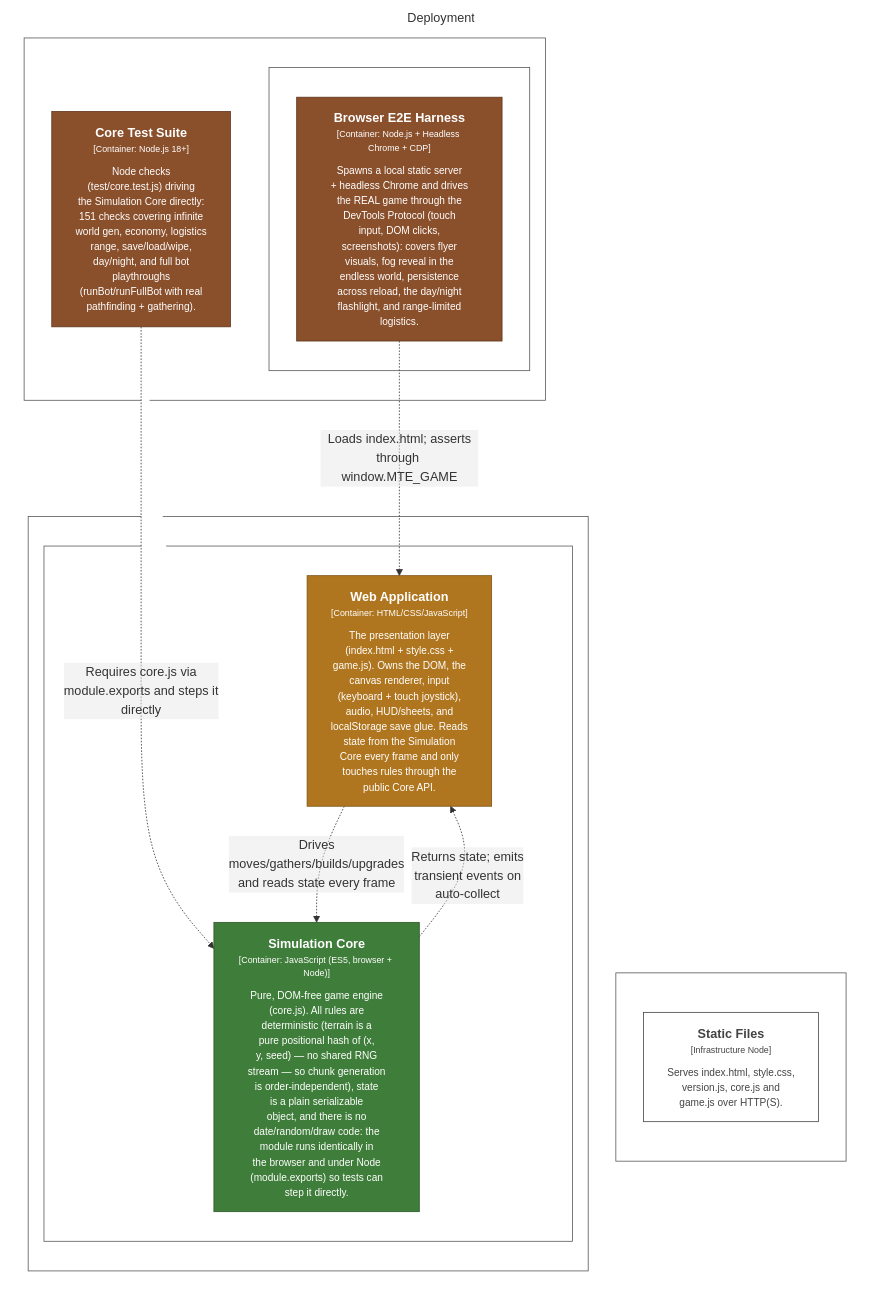
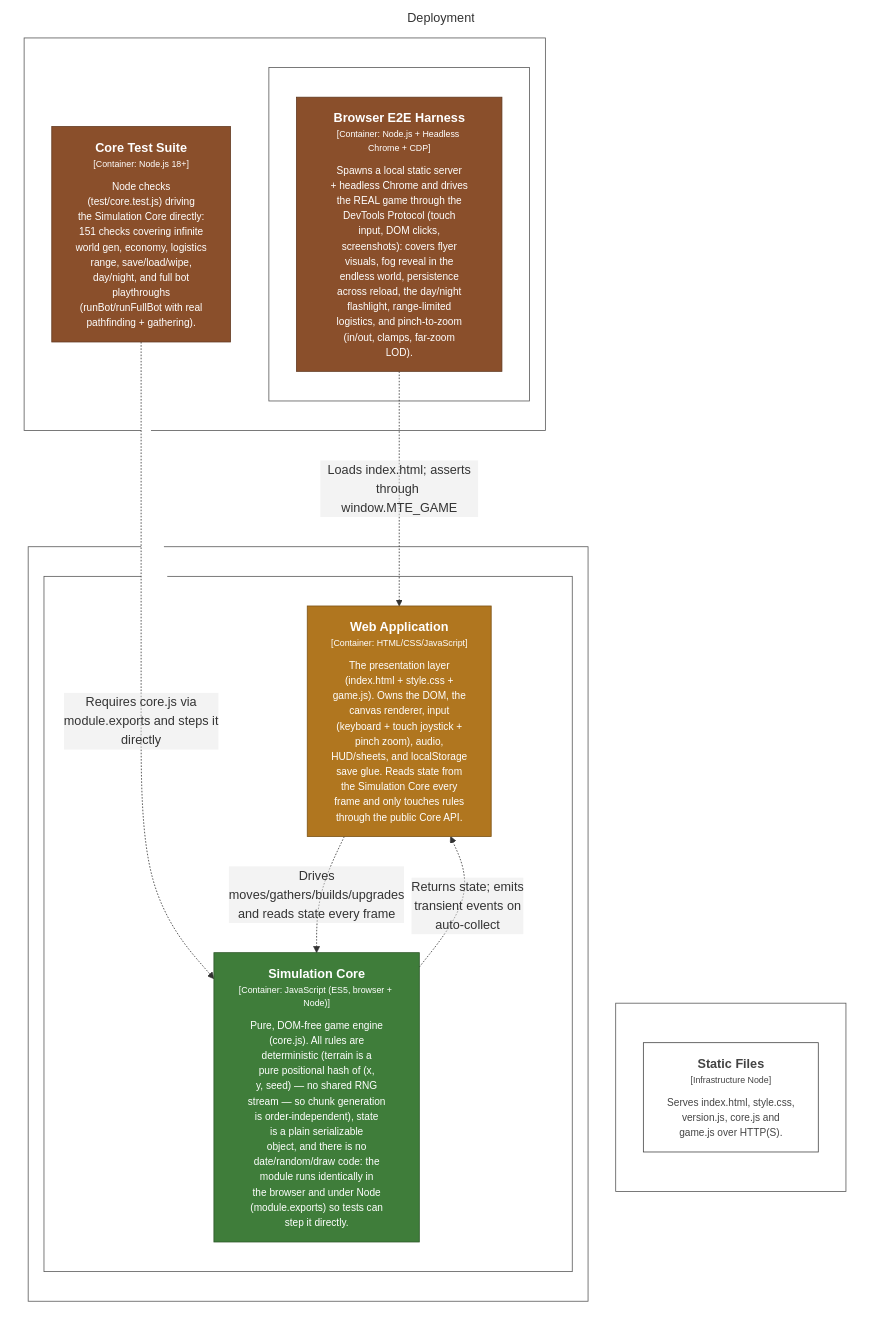
The diagram in structurizr/diagrams/Deployment.mmd (bitkojine/more-than-enough), drawn with Mermaid before and after one commit. The commit also changed 17 other files, not shown here.

First line of the commit message:
v0.11.0: feat — pinch to zoom (two-finger + wheel), LOD far rendering

```diff
--- a/structurizr/diagrams/Deployment.mmd
+++ b/structurizr/diagrams/Deployment.mmd
@@ -1,48 +1,48 @@
 %% Generated from structurizr/workspace.dsl — do not edit; run: node structurizr/scripts/structurizr.mjs mermaid
 graph LR
   linkStyle default fill:#ffffff
 
   subgraph diagram ["Deployment"]
     style diagram fill:#ffffff,stroke:#ffffff
 
     subgraph 67 ["Browser"]
       style 67 fill:#ffffff,stroke:#575757,color:#ffffff
 
       subgraph 68 ["Browser tab"]
         style 68 fill:#ffffff,stroke:#575757,color:#ffffff
 
-        69["<div style='font-weight: bold'>Web Application</div><div style='font-size: 70%; margin-top: 0px'>[Container: HTML/CSS/JavaScript]</div><div style='font-size: 80%; margin-top:10px'>The presentation layer<br />(index.html + style.css +<br />game.js). Owns the DOM, the<br />canvas renderer, input<br />(keyboard + touch joystick),<br />audio, HUD/sheets, and<br />localStorage save glue. Reads<br />state from the Simulation<br />Core every frame and only<br />touches rules through the<br />public Core API.</div>"]
+        69["<div style='font-weight: bold'>Web Application</div><div style='font-size: 70%; margin-top: 0px'>[Container: HTML/CSS/JavaScript]</div><div style='font-size: 80%; margin-top:10px'>The presentation layer<br />(index.html + style.css +<br />game.js). Owns the DOM, the<br />canvas renderer, input<br />(keyboard + touch joystick +<br />pinch zoom), audio,<br />HUD/sheets, and localStorage<br />save glue. Reads state from<br />the Simulation Core every<br />frame and only touches rules<br />through the public Core API.</div>"]
         style 69 fill:#b0761f,stroke:#7b5215,color:#ffffff
         70["<div style='font-weight: bold'>Simulation Core</div><div style='font-size: 70%; margin-top: 0px'>[Container: JavaScript (ES5, browser + Node)]</div><div style='font-size: 80%; margin-top:10px'>Pure, DOM-free game engine<br />(core.js). All rules are<br />deterministic (terrain is a<br />pure positional hash of (x,<br />y, seed) — no shared RNG<br />stream — so chunk generation<br />is order-independent), state<br />is a plain serializable<br />object, and there is no<br />date/random/draw code: the<br />module runs identically in<br />the browser and under Node<br />(module.exports) so tests can<br />step it directly.</div>"]
         style 70 fill:#3f7d3a,stroke:#2c5728,color:#ffffff
       end
 
     end
 
     subgraph 73 ["Static Host"]
       style 73 fill:#ffffff,stroke:#575757,color:#ffffff
 
       74["<div style='font-weight: bold'>Static Files</div><div style='font-size: 70%; margin-top: 0px'>[Infrastructure Node]</div><div style='font-size: 80%; margin-top:10px'>Serves index.html, style.css,<br />version.js, core.js and<br />game.js over HTTP(S).</div>"]
       style 74 fill:#ffffff,stroke:#444444,color:#444444
     end
 
     subgraph 75 ["Node.js 18+"]
       style 75 fill:#ffffff,stroke:#575757,color:#ffffff
 
       76["<div style='font-weight: bold'>Core Test Suite</div><div style='font-size: 70%; margin-top: 0px'>[Container: Node.js 18+]</div><div style='font-size: 80%; margin-top:10px'>Node checks<br />(test/core.test.js) driving<br />the Simulation Core directly:<br />151 checks covering infinite<br />world gen, economy, logistics<br />range, save/load/wipe,<br />day/night, and full bot<br />playthroughs<br />(runBot/runFullBot with real<br />pathfinding + gathering).</div>"]
       style 76 fill:#8a4f2b,stroke:#60371e,color:#ffffff
       subgraph 78 ["Headless Chrome"]
         style 78 fill:#ffffff,stroke:#575757,color:#ffffff
 
-        79["<div style='font-weight: bold'>Browser E2E Harness</div><div style='font-size: 70%; margin-top: 0px'>[Container: Node.js + Headless Chrome + CDP]</div><div style='font-size: 80%; margin-top:10px'>Spawns a local static server<br />+ headless Chrome and drives<br />the REAL game through the<br />DevTools Protocol (touch<br />input, DOM clicks,<br />screenshots): covers flyer<br />visuals, fog reveal in the<br />endless world, persistence<br />across reload, the day/night<br />flashlight, and range-limited<br />logistics.</div>"]
+        79["<div style='font-weight: bold'>Browser E2E Harness</div><div style='font-size: 70%; margin-top: 0px'>[Container: Node.js + Headless Chrome + CDP]</div><div style='font-size: 80%; margin-top:10px'>Spawns a local static server<br />+ headless Chrome and drives<br />the REAL game through the<br />DevTools Protocol (touch<br />input, DOM clicks,<br />screenshots): covers flyer<br />visuals, fog reveal in the<br />endless world, persistence<br />across reload, the day/night<br />flashlight, range-limited<br />logistics, and pinch-to-zoom<br />(in/out, clamps, far-zoom<br />LOD).</div>"]
         style 79 fill:#8a4f2b,stroke:#60371e,color:#ffffff
       end
 
     end
 
     70-. "<div>Returns state; emits<br />transient events on<br />auto-collect</div><div style='font-size: 70%'></div>" .->69
     69-. "<div>Drives<br />moves/gathers/builds/upgrades<br />and reads state every frame</div><div style='font-size: 70%'></div>" .->70
     76-. "<div>Requires core.js via<br />module.exports and steps it<br />directly</div><div style='font-size: 70%'></div>" .->70
     79-. "<div>Loads index.html; asserts<br />through window.MTE_GAME</div><div style='font-size: 70%'></div>" .->69
 
   end
```
